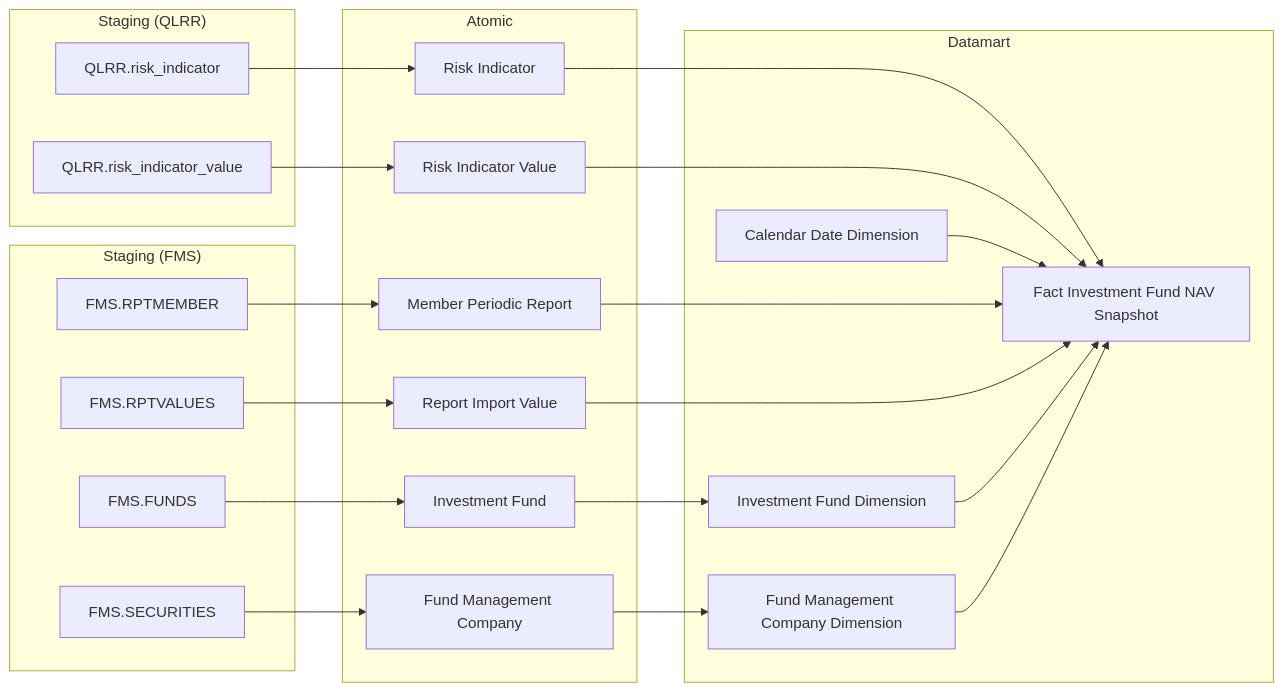
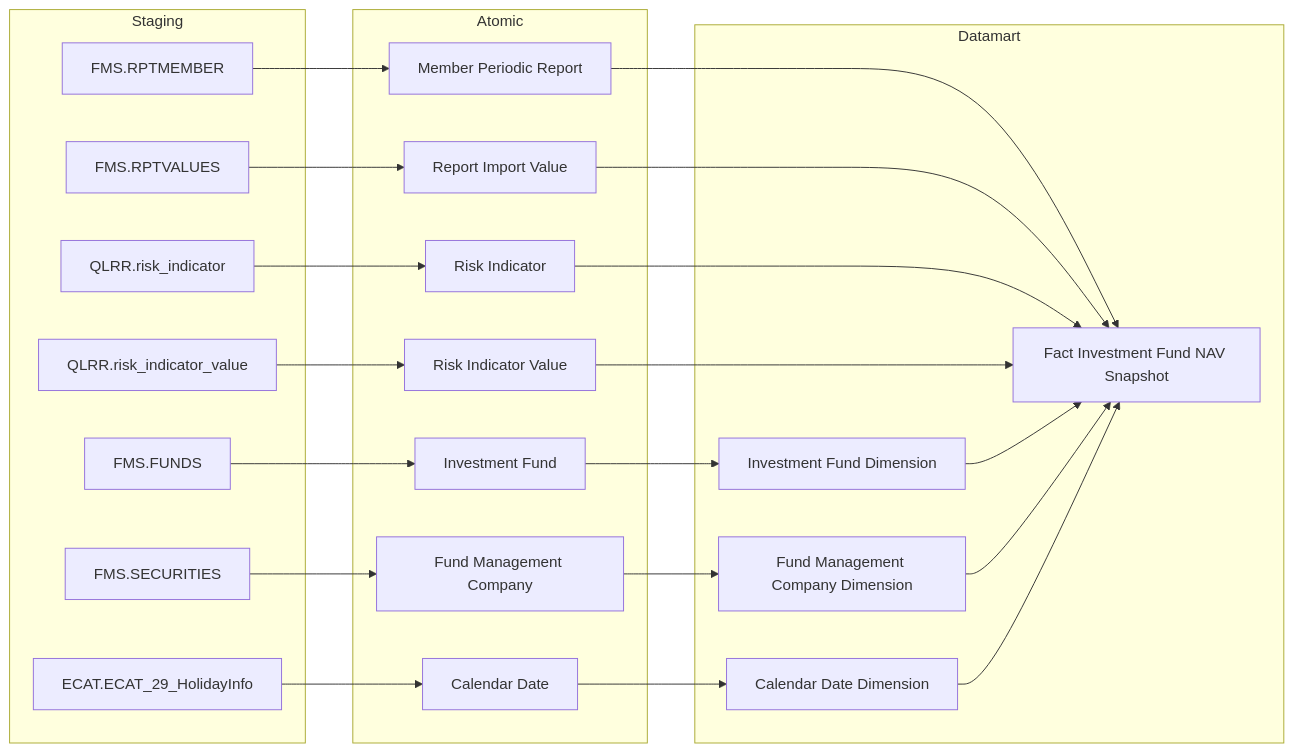
The fourth of 37 diagrams in Datamart/hld/DTM_FMS_HLD.md (linhlvit/ubck_atomic_design), drawn with Mermaid before and after one commit. The commit also changed other lines of this file and 10 other files, not shown here.

````diff
--- a/Datamart/hld/DTM_FMS_HLD.md
+++ b/Datamart/hld/DTM_FMS_HLD.md
@@ -173,48 +155,49 @@
 ```mermaid
 flowchart LR
-    subgraph SRC_FMS["Staging (FMS)"]
+    subgraph SRC["Staging"]
         S1["FMS.RPTMEMBER"]
         S2["FMS.RPTVALUES"]
         S3["FMS.FUNDS"]
         S4["FMS.SECURITIES"]
-    end
-
-    subgraph SRC_QLRR["Staging (QLRR)"]
         S5["QLRR.risk_indicator"]
         S6["QLRR.risk_indicator_value"]
+        SE1["ECAT.ECAT_29_HolidayInfo"]
     end
 
     subgraph SIL["Atomic"]
         SV1["Member Periodic Report"]
         SV2["Report Import Value"]
         SV3["Investment Fund"]
         SV4["Fund Management Company"]
         SV5["Risk Indicator"]
         SV6["Risk Indicator Value"]
+        SV7["Calendar Date"]
     end
 
     subgraph GOLD["Datamart"]
         G1["Fact Investment Fund NAV Snapshot"]
         G2["Investment Fund Dimension"]
         G3["Fund Management Company Dimension"]
         G4["Calendar Date Dimension"]
     end
 
     S1 --> SV1
     S2 --> SV2
     S3 --> SV3
     S4 --> SV4
     S5 --> SV5
     S6 --> SV6
+    SE1 --> SV7
 
     SV1 --> G1
     SV2 --> G1
     SV5 --> G1
     SV6 --> G1
     SV3 --> G2
     SV4 --> G3
+    SV7 --> G4
 
     G2 --> G1
     G3 --> G1
     G4 --> G1
 ```
````
